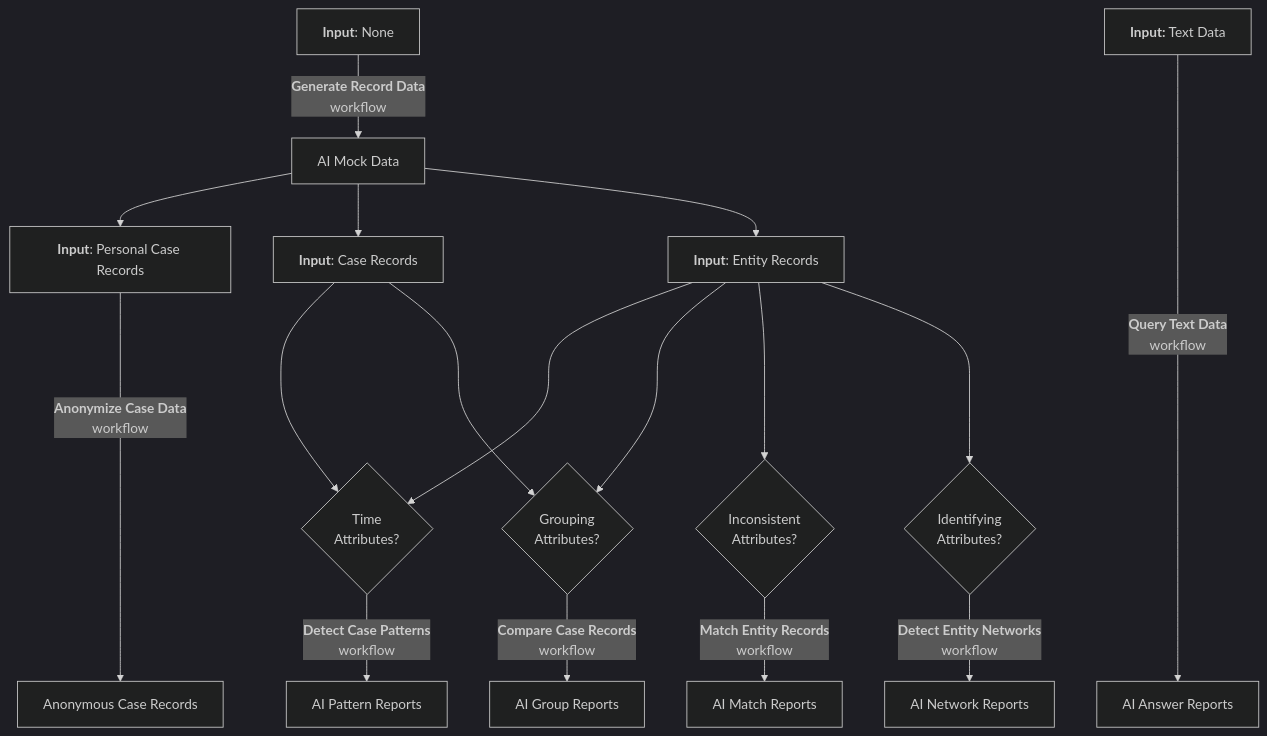
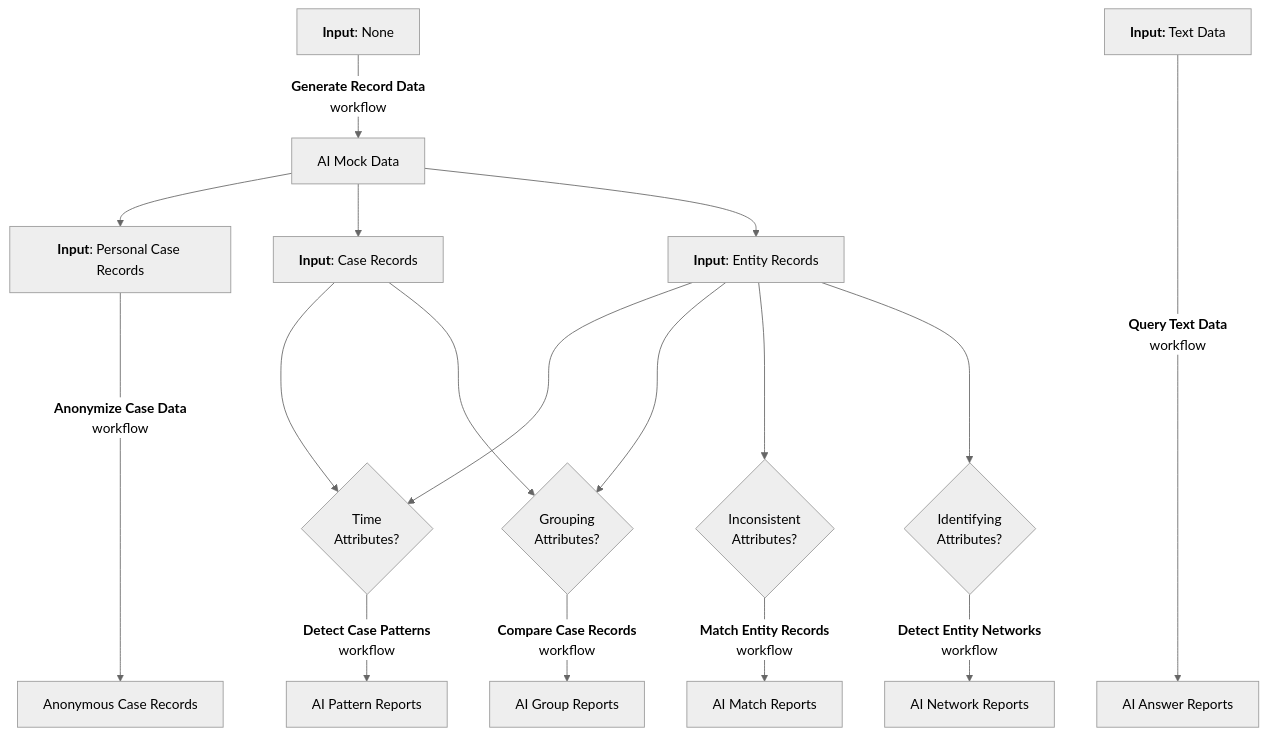
The diagram in README.md (microsoft/intelligence-toolkit), drawn with Mermaid before and after one commit.

Commit message:
theme neutral

````diff
--- a/README.md
+++ b/README.md
@@ -107,20 +107,20 @@
 ```mermaid
 %%{init: {
-  'theme': 'dark',
+  'theme': 'neutral',
   "flowchart": {"htmlLabels": true}} }%%
 flowchart TD
     NoData["<b>Input</b>: None"] --> |"<b>Generate Record Data</b><br/>workflow"| MockData["Mock Data"]
     MockData["AI Mock Data"] --> PersonalData["<b>Input</b>: Personal Case Records"]
     MockData["AI Mock Data"] --> CaseRecords["<b>Input</b>: Case Records"]
     MockData["AI Mock Data"] --> EntityData["<b>Input</b>: Entity Records"]
     PersonalData["<b>Input</b>: Personal Case Records"] ----> |"<b>Anonymize Case Data</b><br/>workflow"| AnonData["Anonymous Case Records"]
     EntityData["<b>Input</b>: Entity Records"] ---> HasTime{"Time<br/>Attributes?"}
     CaseRecords["<b>Input</b>: Case Records"] ---> HasTime{"Time<br/>Attributes?"}
     HasTime{"Time<br/>Attributes?"} --> |"<b>Detect Case Patterns</b><br/>workflow"| CasePatterns["AI Pattern Reports"]
     EntityData["<b>Input</b>: Entity Records"] ---> HasGroups{"Grouping<br/>Attributes?"}
     CaseRecords["<b>Input</b>: Case Records"] ---> HasGroups{"Grouping<br/>Attributes?"}
     HasGroups{"Grouping<br/>Attributes?"} --> |"<b>Compare Case Records</b><br/>workflow"| MatchedEntities["AI Group Reports"]
     EntityData["<b>Input</b>: Entity Records"] ---> HasInconsistencies{"Inconsistent<br/>Attributes?"} --> |"<b>Match Entity Records</b><br/>workflow"| RecordLinking["AI Match Reports"]
     EntityData["<b>Input</b>: Entity Records"] ---> HasIdentifiers{"Identifying<br/>Attributes?"} --> |"<b>Detect Entity Networks</b><br/>workflow"| NetworkAnalysis["AI Network Reports"]
     TextDocs["<b>Input:</b> Text Data"] ------> |"<b>Query Text Data</b><br/>workflow"| AnswerReports["AI Answer Reports"]
 ```
````
